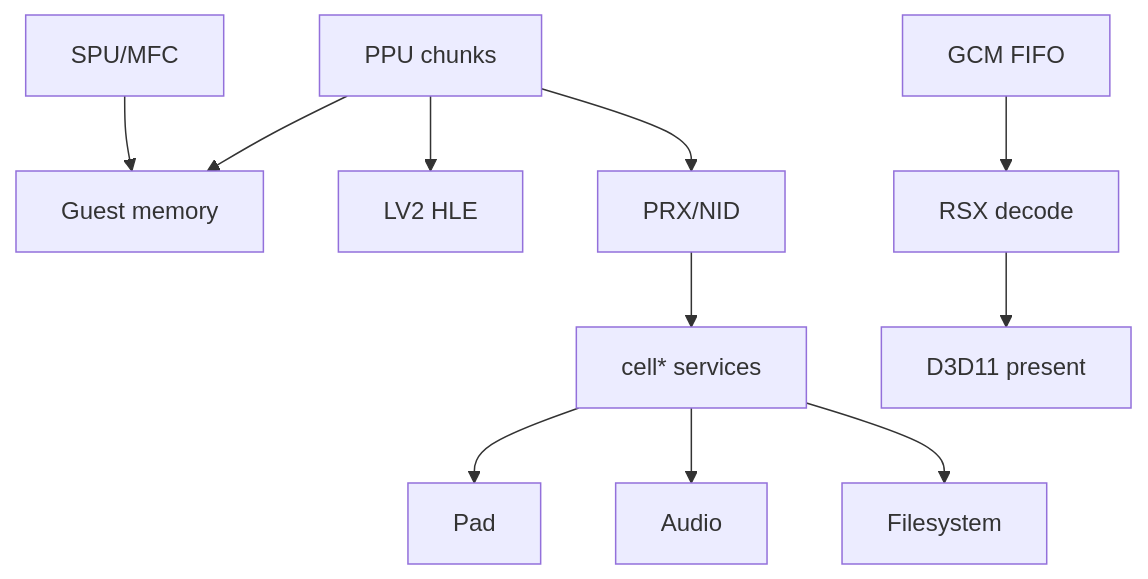
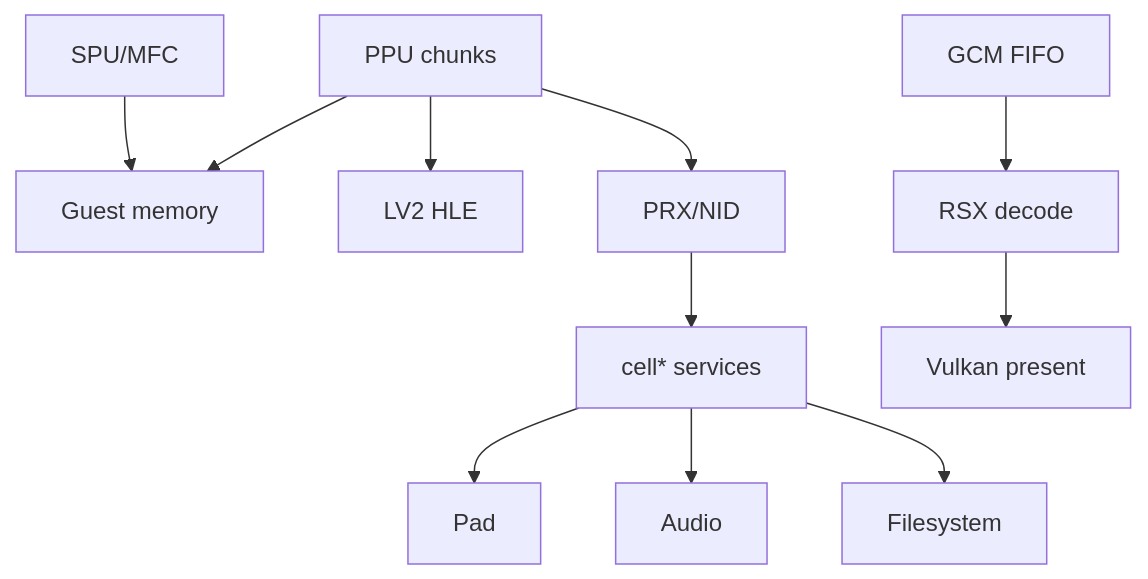
One commit to NotY215/PPSX33 changed the sixth of 9 diagrams in docs/ARCHITECTURE.md. Above: the diagram before and after it, drawn with Mermaid. The commit also changed other lines of this file and 25 other files, not shown here.

````diff
--- a/docs/ARCHITECTURE.md
+++ b/docs/ARCHITECTURE.md
@@ -94,13 +94,13 @@
 ```mermaid
 flowchart TB
   PPU[PPU chunks] --> MEM[Guest memory]
   PPU --> LV2[LV2 HLE]
   PPU --> PRX[PRX/NID]
   PRX --> LIB[cell* services]
   GCM[GCM FIFO] --> RSX[RSX decode]
-  RSX --> D3D[D3D11 present]
+  RSX --> Vulkan[Vulkan present]
   SPU[SPU/MFC] --> MEM
   LIB --> PAD[Pad]
   LIB --> AUD[Audio]
   LIB --> FS[Filesystem]
 ```
````
